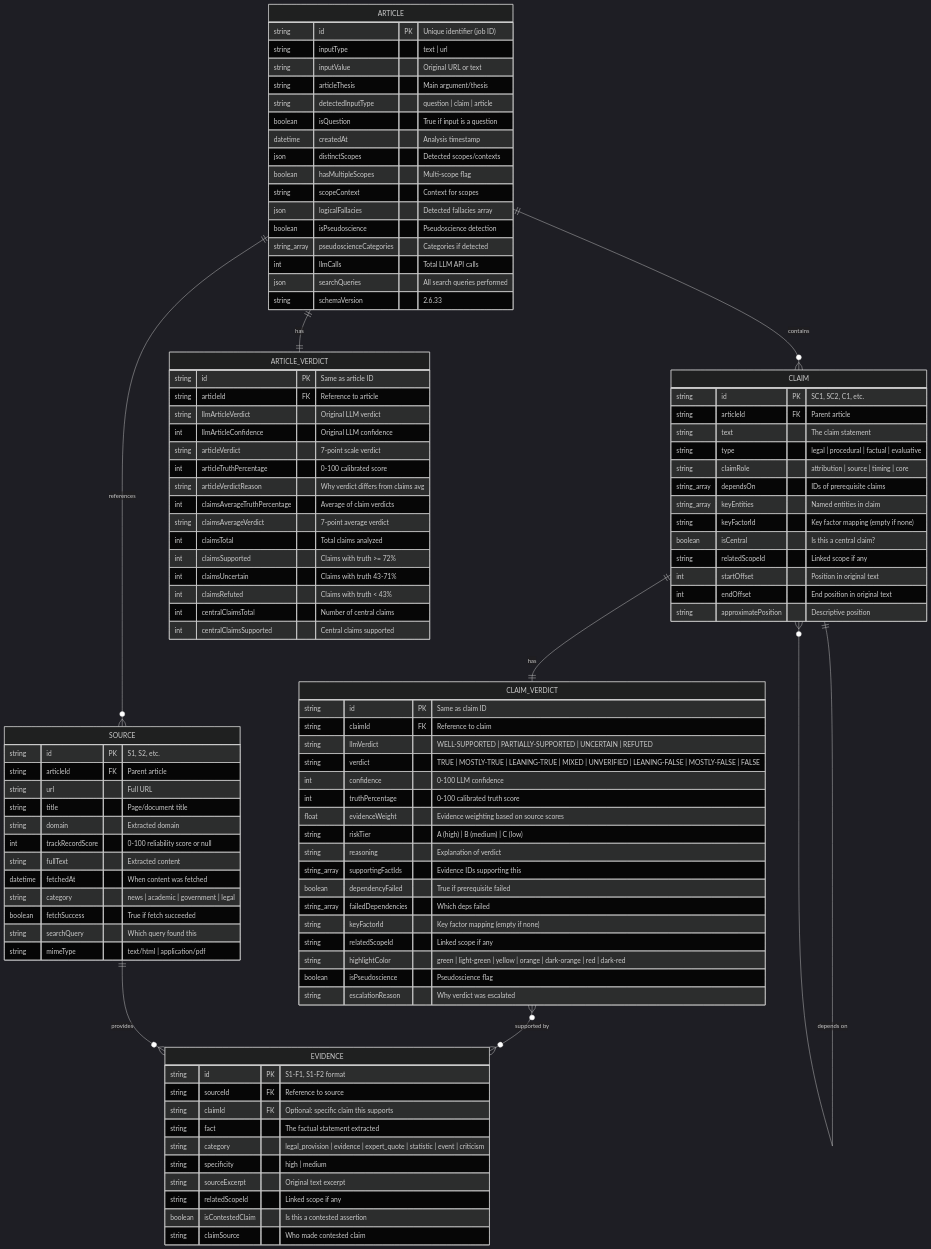
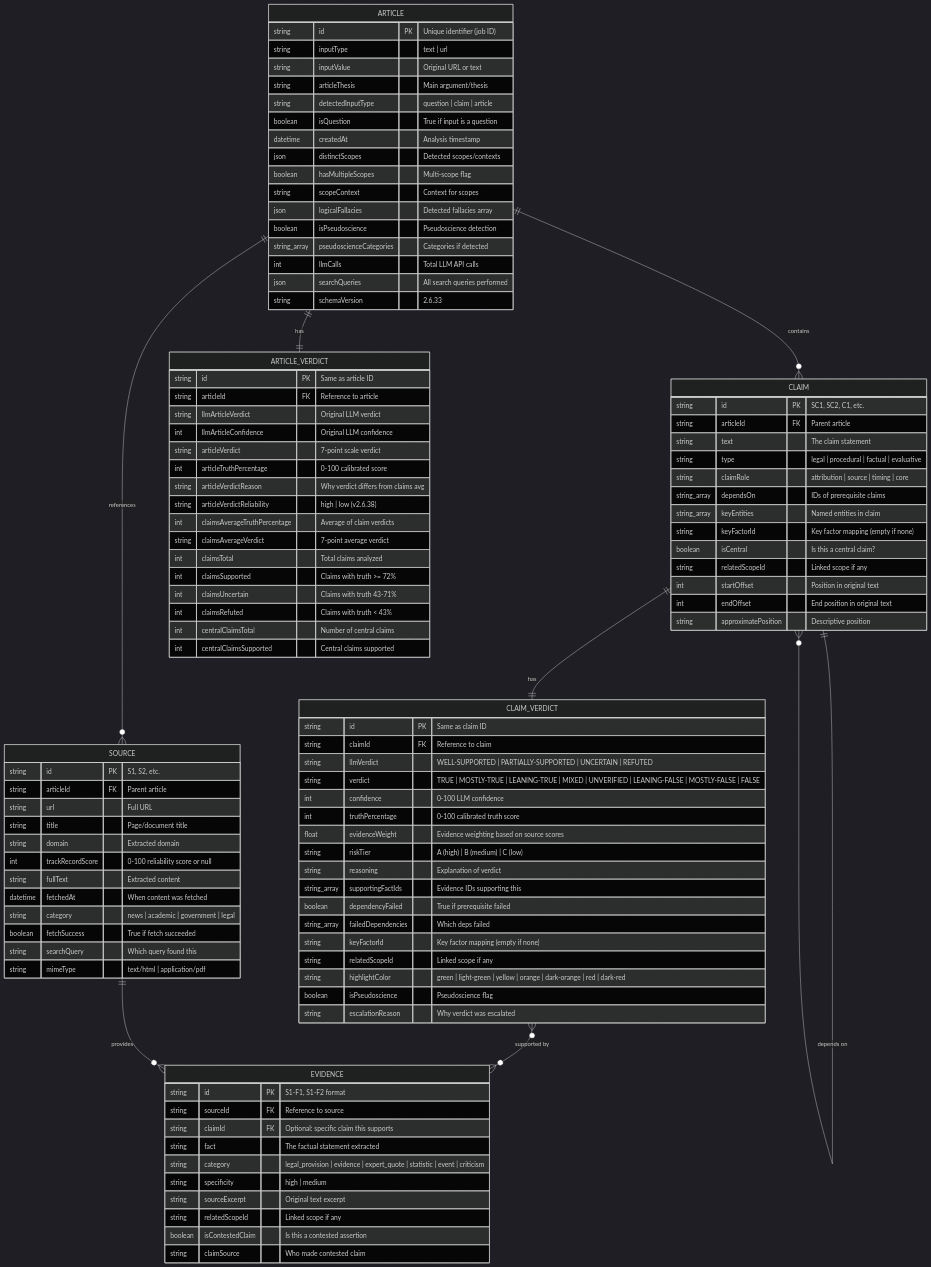
The third of 5 diagrams in Docs/ARCHITECTURE/Overview.md (robertschaub/FactHarbor), drawn with Mermaid (dark theme) before and after one commit. The commit also changed other lines of this file and 7 other files, not shown here.

```diff
--- a/Docs/ARCHITECTURE/Overview.md
+++ b/Docs/ARCHITECTURE/Overview.md
@@ -280,6 +280,7 @@
         string articleVerdict "7-point scale verdict"
         int articleTruthPercentage "0-100 calibrated score"
         string articleVerdictReason "Why verdict differs from claims avg"
+        string articleVerdictReliability "high | low (v2.6.38)"
         int claimsAverageTruthPercentage "Average of claim verdicts"
         string claimsAverageVerdict "7-point average verdict"
         int claimsTotal "Total claims analyzed"
```
